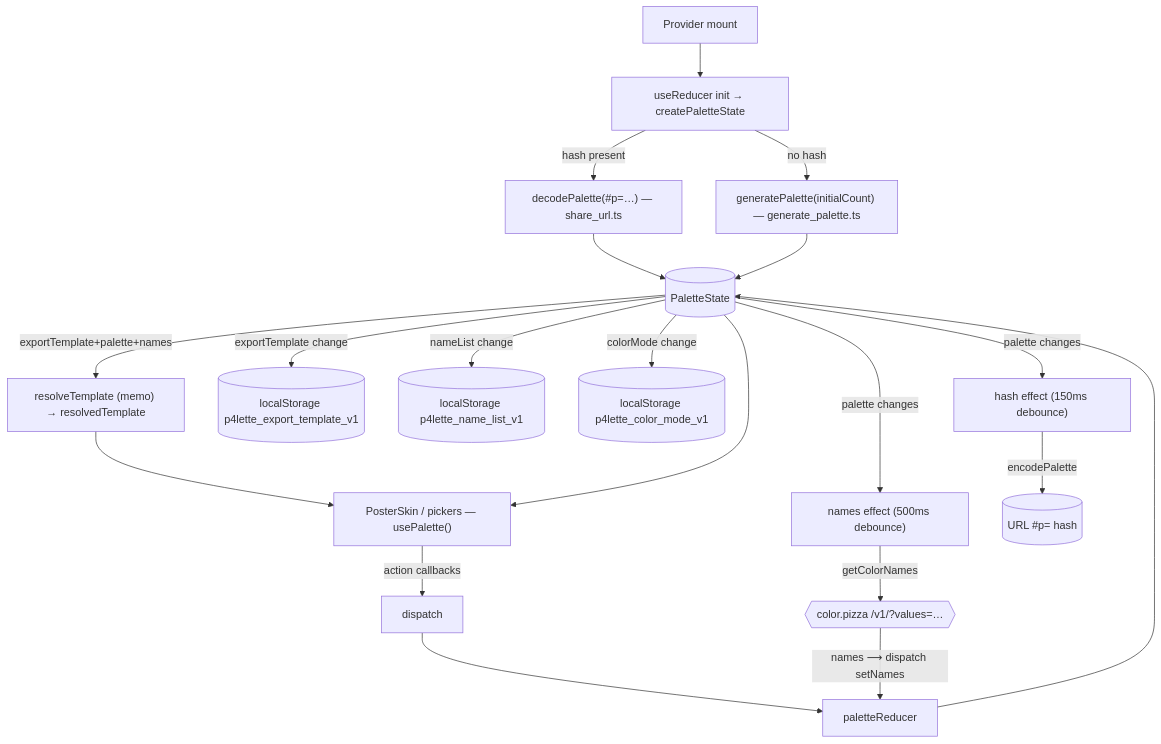
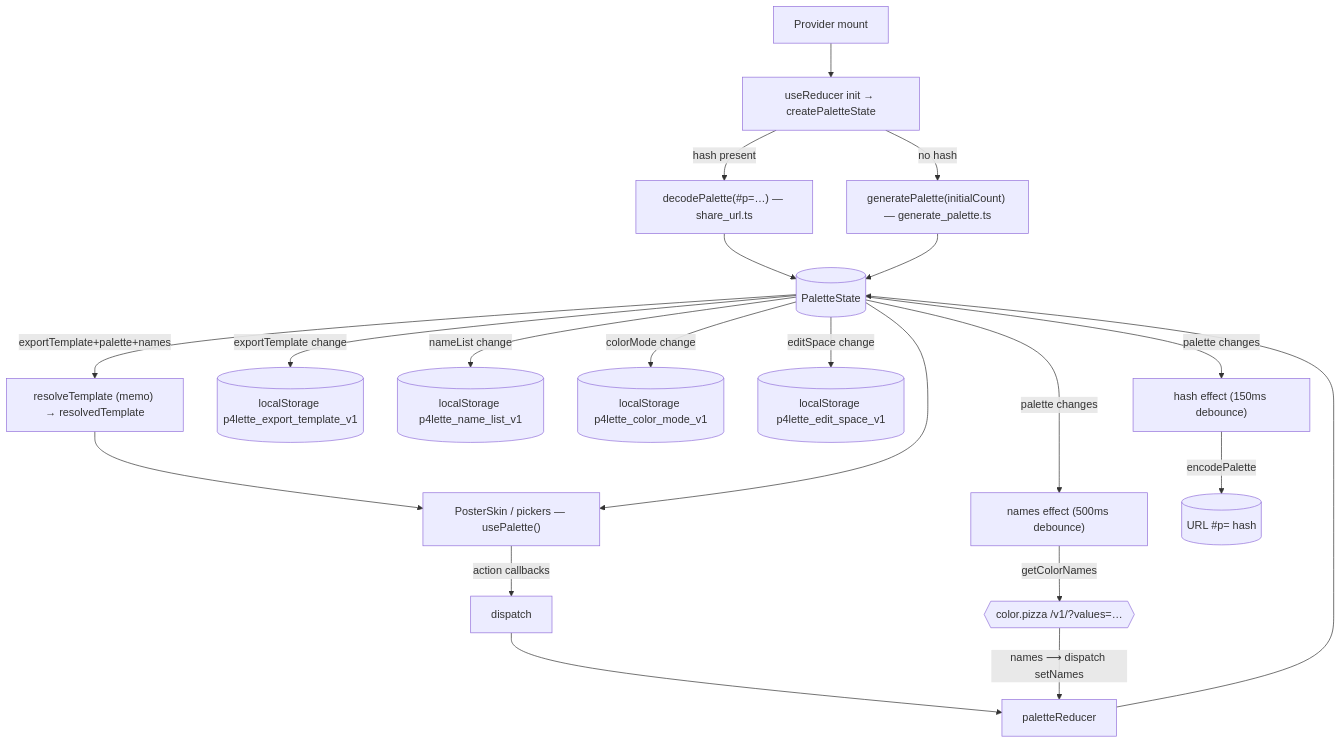
One commit to p4stoboy/p4lette changed the diagram in SPEC/CURRENT/state.md. Above: the diagram before and after it, drawn with Mermaid. The commit also changed other lines of this file and 20 other files, not shown here.

First line of the commit message:
feat(color-mode): an ALL mode (all 5 formats stacked) + an EDIT-tray space picker

````diff
--- a/SPEC/CURRENT/state.md
+++ b/SPEC/CURRENT/state.md
@@ -133,22 +139,23 @@
 ```mermaid
 flowchart TD
   start["Provider mount"] --> init["useReducer init → createPaletteState"]
   init -->|hash present| dec["decodePalette(#p=…) — share_url.ts"]
   init -->|no hash| gen["generatePalette(initialCount) — generate_palette.ts"]
   dec --> st[("PaletteState")]
   gen --> st
   ui["PosterSkin / pickers — usePalette()"] -->|action callbacks| disp["dispatch"]
   disp --> red["paletteReducer"]
   red --> st
   st -->|palette changes| nfx["names effect (500ms debounce)"]
   nfx -->|getColorNames| pizza{{"color.pizza /v1/?values=…"}}
   pizza -->|names ⟶ dispatch setNames| red
   st -->|palette changes| hfx["hash effect (150ms debounce)"]
   hfx -->|encodePalette| url[("URL #p= hash")]
   st -->|exportTemplate change| ek[("localStorage p4lette_export_template_v1")]
   st -->|nameList change| nk[("localStorage p4lette_name_list_v1")]
   st -->|colorMode change| ck[("localStorage p4lette_color_mode_v1")]
+  st -->|editSpace change| es[("localStorage p4lette_edit_space_v1")]
   st -->|exportTemplate+palette+names| rt["resolveTemplate (memo) → resolvedTemplate"]
   rt --> ui
   st --> ui
 ```
````
